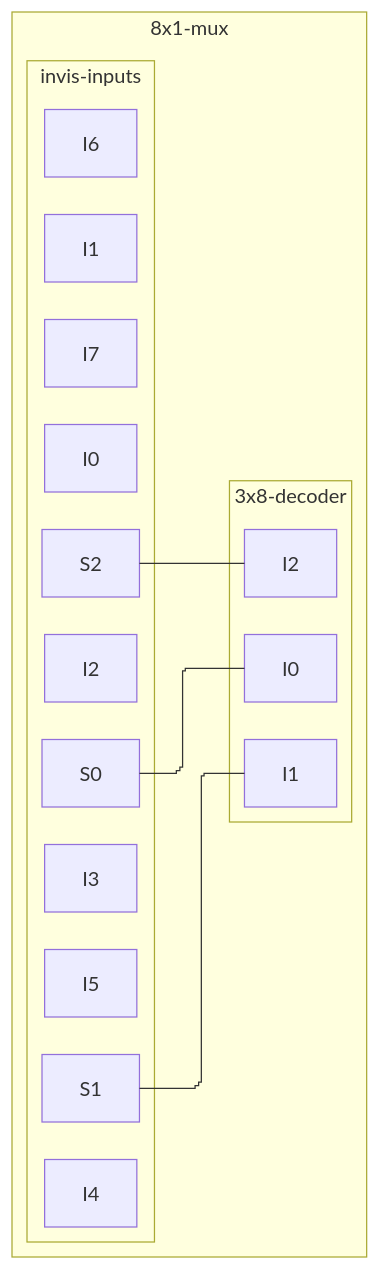
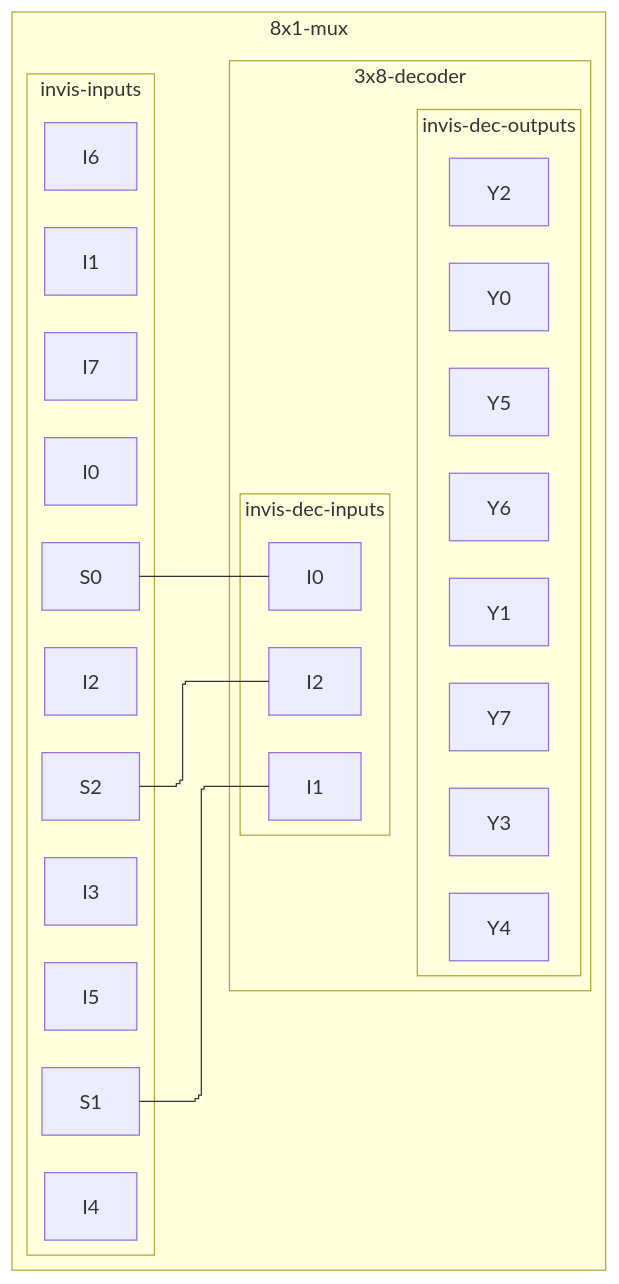
The fifth of 5 diagrams in CSDS 281 - Logic Design/HW/7/tables.md (tnichols217/notes), drawn with Mermaid before and after one commit.

Commit message:
vault backup: 2024-03-27 12:20:14

````diff
--- a/CSDS 281 - Logic Design/HW/7/tables.md
+++ b/CSDS 281 - Logic Design/HW/7/tables.md
@@ -192,24 +192,37 @@
 ```mermaid
 %%{ init: { 'flowchart': { 'curve': 'stepBefore', "defaultRenderer": "elk" } } }%%
 flowchart LR
 subgraph 8x1-mux
 subgraph invis-inputs
 I0
 I1
 I2
 I3
 I4
 I5
 I6
 I7
 S0
 S1
 S2
 end
 subgraph 3x8-decoder
+subgraph invis-dec-inputs
 S0 --- I0d[I0]
 S1 --- I1d[I1]
 S2 --- I2d[I2]
 end
+subgraph invis-dec-outputs
+Y0
+Y1
+Y2
+Y3
+Y4
+Y5
+Y6
+Y7
+end
+invis-dec-inputs ~~~ invis-dec-outputs
+end
 end
 ```
````
